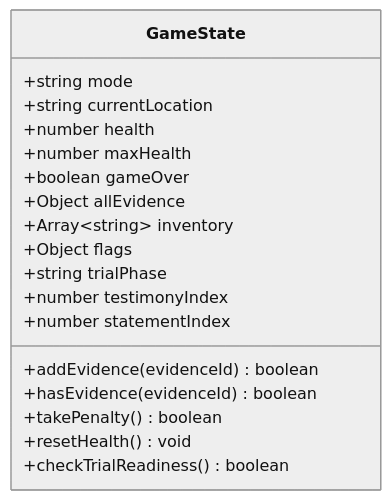
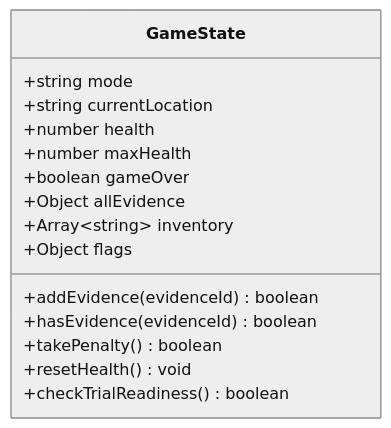
The diagram in docs/architecture/game-state.md (luisoncpp/aa-chapulin), drawn with Mermaid (neutral theme) before and after one commit. The commit also changed 11 other files, not shown here.

````diff
--- a/docs/architecture/game-state.md
+++ b/docs/architecture/game-state.md
@@ -9,21 +9,18 @@
 ```mermaid
 classDiagram
     class GameState {
         +string mode
         +string currentLocation
         +number health
         +number maxHealth
         +boolean gameOver
         +Object allEvidence
         +Array~string~ inventory
         +Object flags
-        +string trialPhase
-        +number testimonyIndex
-        +number statementIndex
         +addEvidence(evidenceId) boolean
         +hasEvidence(evidenceId) boolean
         +takePenalty() boolean
         +resetHealth() void
         +checkTrialReadiness() boolean
     }
 ```
````
